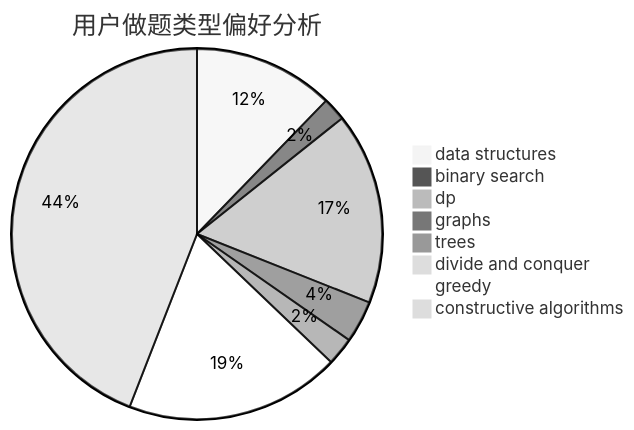
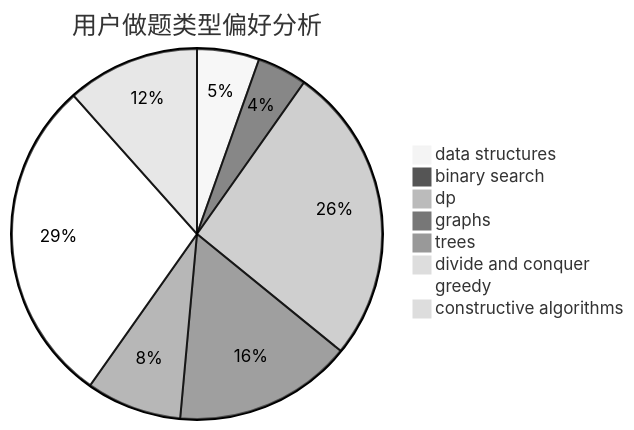
The second of 3 diagrams in docs/user/u2628.md (sherpahu/cfrs.github.io), drawn with Mermaid (neutral theme) before and after one commit. The commit also changed other lines of this file and 2770 other files, not shown here.

````diff
--- a/docs/user/u2628.md
+++ b/docs/user/u2628.md
@@ -23,11 +23,11 @@
 ```mermaid
 pie title 用户做题类型偏好分析
-    "data structures" :  30
-    "binary search" :  5
-    "dp" :  41
-    "graphs" :  9
-    "trees" :  6
+    "data structures" :  15
+    "binary search" :  12
+    "dp" :  72
+    "graphs" :  43
+    "trees" :  23
     "divide and conquer" :  0
-    "greedy" :  46
-    "constructive algorithms" :  108
+    "greedy" :  79
+    "constructive algorithms" :  32
 ```
````
